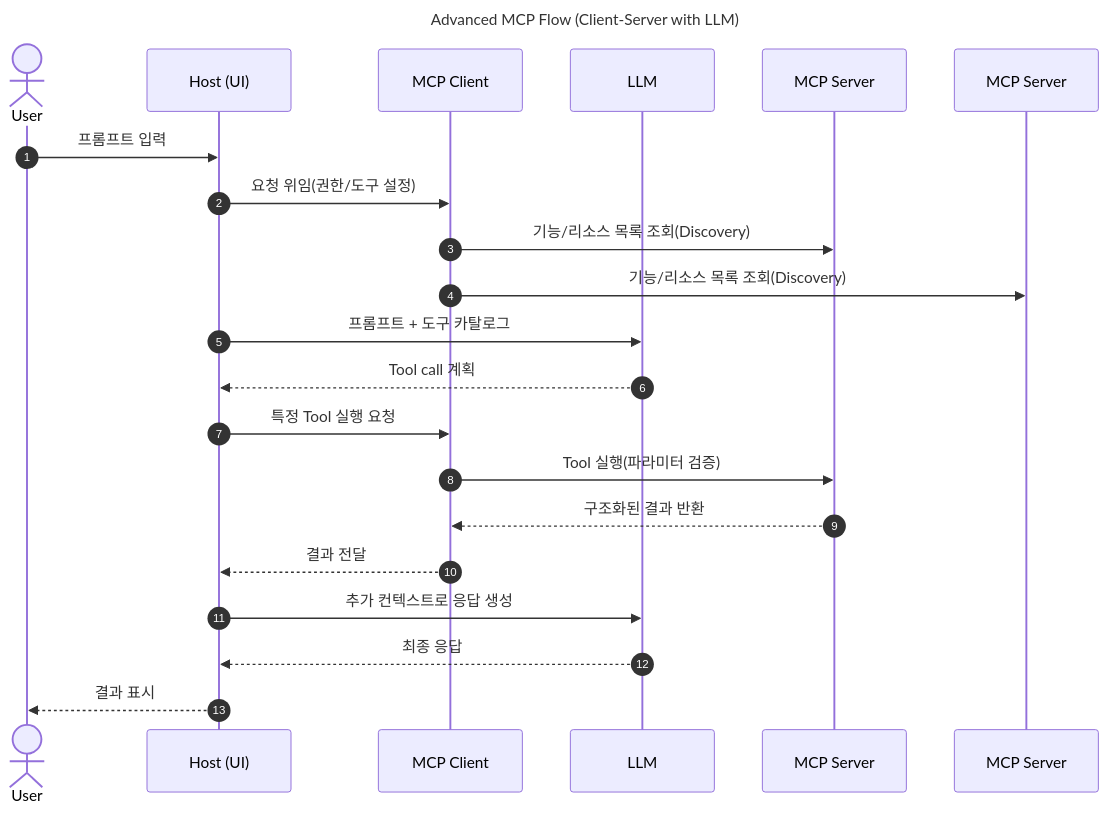
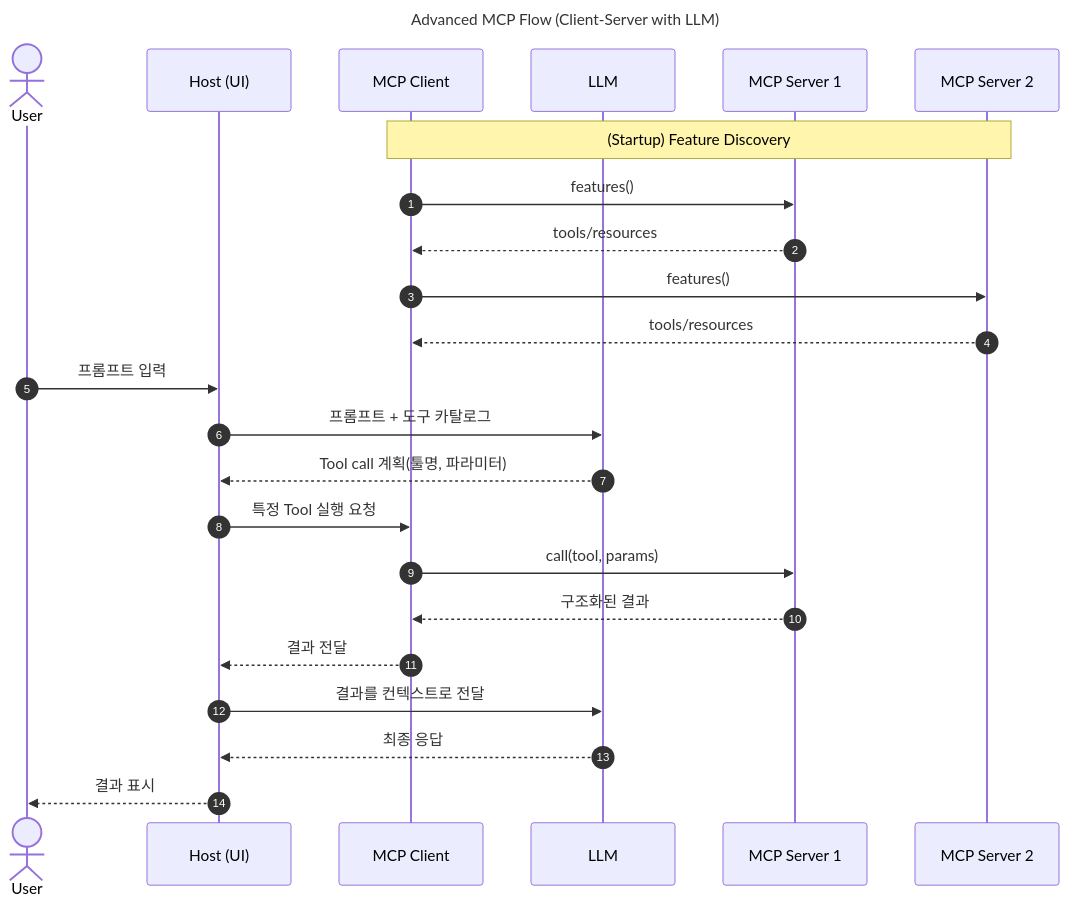
Before and after one commit to swannekim/MS2025-MCP-Azure: the second of 4 diagrams in README.md, drawn with Mermaid. The commit also changed other lines of this file, not shown here.

Commit message:
readme files update

````diff
--- a/README.md
+++ b/README.md
@@ -182,27 +182,30 @@
 ```mermaid
 ---
 title: Advanced MCP Flow (Client-Server with LLM)
 ---
 sequenceDiagram
   autonumber
-  actor U as User
-  participant H as Host (UI)
-  participant C as MCP Client
-  participant M as LLM
-  participant S1 as MCP Server #1
-  participant S2 as MCP Server #2
+  actor User
+  participant Host as Host (UI)
+  participant Client as MCP Client
+  participant LLM as LLM
+  participant S1 as MCP Server 1
+  participant S2 as MCP Server 2
 
-  U->>H: 프롬프트 입력
-  H->>C: 요청 위임(권한/도구 설정)
-  C->>S1: 기능/리소스 목록 조회(Discovery)
-  C->>S2: 기능/리소스 목록 조회(Discovery)
-  H->>M: 프롬프트 + 도구 카탈로그
-  M-->>H: Tool call 계획
-  H->>C: 특정 Tool 실행 요청
-  C->>S1: Tool 실행(파라미터 검증)
-  S1-->>C: 구조화된 결과 반환
-  C-->>H: 결과 전달
-  H->>M: 추가 컨텍스트로 응답 생성
-  M-->>H: 최종 응답
-  H-->>U: 결과 표시
+  Note over Client,S2: (Startup) Feature Discovery
+  Client->>S1: features()
+  S1-->>Client: tools/resources
+  Client->>S2: features()
+  S2-->>Client: tools/resources
+
+  User->>Host: 프롬프트 입력
+  Host->>LLM: 프롬프트 + 도구 카탈로그
+  LLM-->>Host: Tool call 계획(툴명, 파라미터)
+  Host->>Client: 특정 Tool 실행 요청
+  Client->>S1: call(tool, params)
+  S1-->>Client: 구조화된 결과
+  Client-->>Host: 결과 전달
+  Host->>LLM: 결과를 컨텍스트로 전달
+  LLM-->>Host: 최종 응답
+  Host-->>User: 결과 표시
 ```
````
